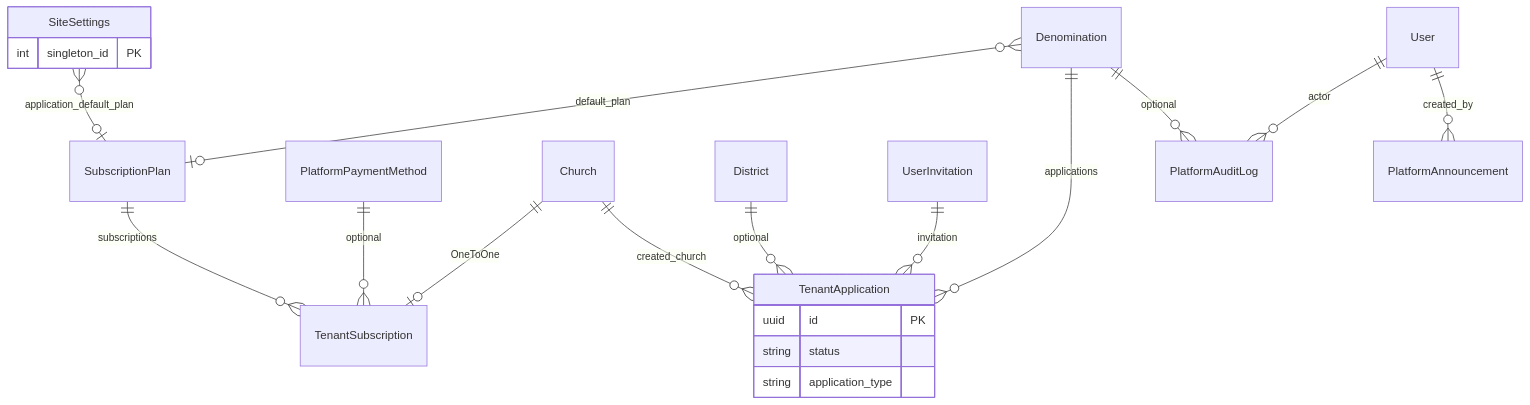
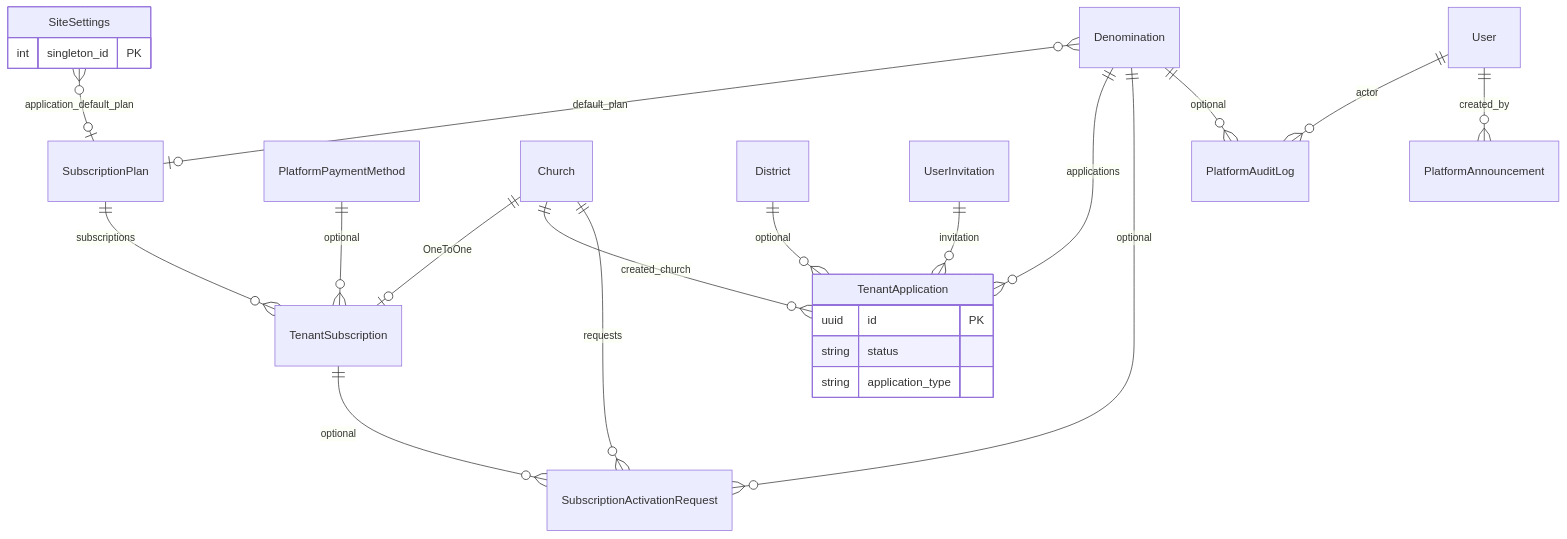
The eighth of 11 diagrams in docs/DATABASE/ENTITY_RELATIONSHIP.md (abrahamthompson46-alt/churchhub), drawn with Mermaid before and after one commit. The commit also changed 27 other files, not shown here.

````diff
--- a/docs/DATABASE/ENTITY_RELATIONSHIP.md
+++ b/docs/DATABASE/ENTITY_RELATIONSHIP.md
@@ -336,24 +336,27 @@
 ```mermaid
 erDiagram
   SiteSettings }o--o| SubscriptionPlan : application_default_plan
   Denomination }o--o| SubscriptionPlan : default_plan
   SubscriptionPlan ||--o{ TenantSubscription : subscriptions
   PlatformPaymentMethod ||--o{ TenantSubscription : optional
   Church ||--o| TenantSubscription : "OneToOne"
   Denomination ||--o{ TenantApplication : applications
   District ||--o{ TenantApplication : optional
   Church ||--o{ TenantApplication : created_church
+  Church ||--o{ SubscriptionActivationRequest : requests
+  TenantSubscription ||--o{ SubscriptionActivationRequest : optional
+  Denomination ||--o{ SubscriptionActivationRequest : optional
   UserInvitation ||--o{ TenantApplication : invitation
   User ||--o{ PlatformAuditLog : actor
   Denomination ||--o{ PlatformAuditLog : optional
   User ||--o{ PlatformAnnouncement : created_by
 
   TenantApplication {
     uuid id PK
     string status
     string application_type
   }
   SiteSettings {
     int singleton_id PK
   }
 ```
````
